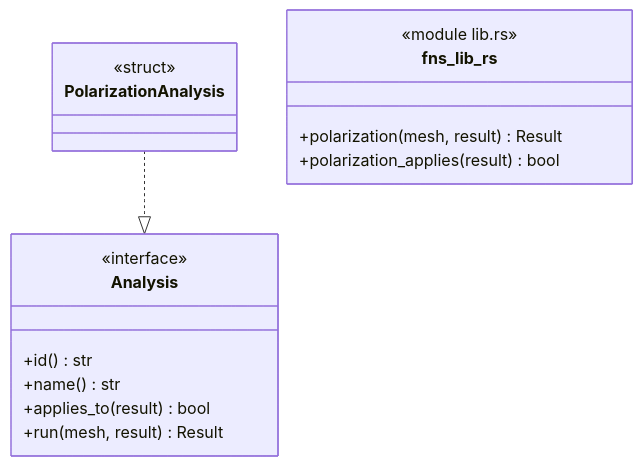
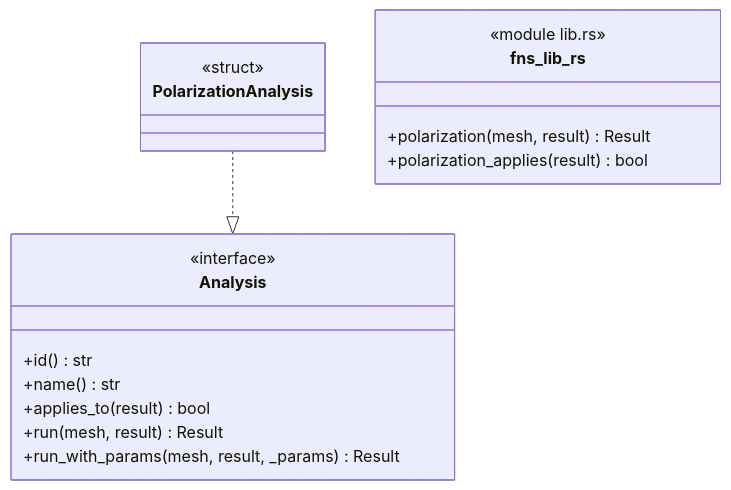
One commit to p-j-r/nyx changed the diagram in docs/architecture/c4/4-code/analysis/api.md. Above: the diagram before and after it, drawn with Mermaid. The commit also changed other lines of this file and 208 other files, not shown here.

````diff
--- a/docs/architecture/c4/4-code/analysis/api.md
+++ b/docs/architecture/c4/4-code/analysis/api.md
@@ -35,19 +39,20 @@
 ```mermaid
 classDiagram
   class Analysis {
       <<interface>>
       +id() str
       +name() str
       +applies_to(result) bool
       +run(mesh, result) Result
+      +run_with_params(mesh, result, _params) Result
   }
   class PolarizationAnalysis {
       <<struct>>
   }
   class fns_lib_rs {
       <<module lib.rs>>
       +polarization(mesh, result) Result
       +polarization_applies(result) bool
   }
   PolarizationAnalysis ..|> Analysis
 ```
````
